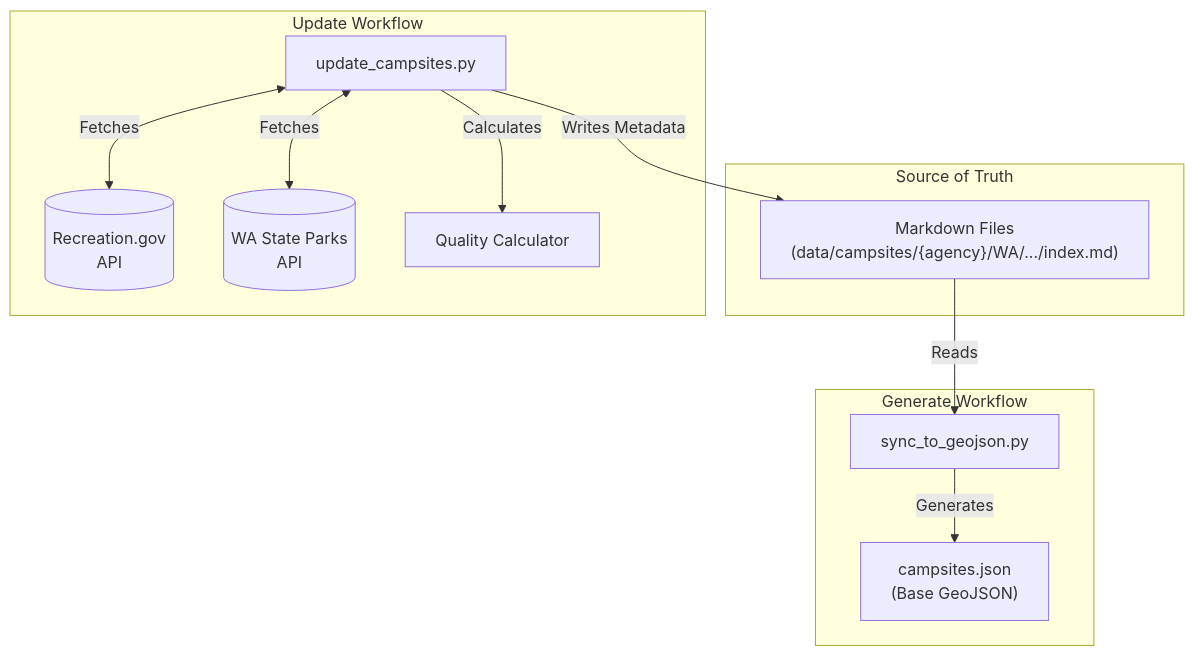
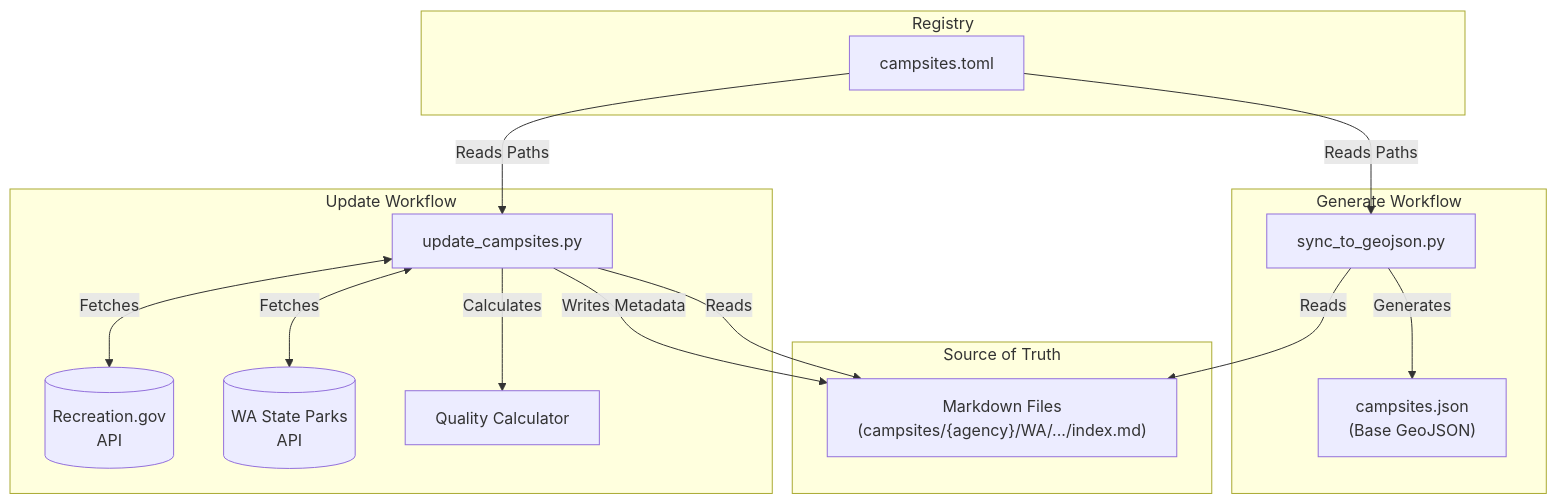
Before and after one commit to robogeosociety/robot-geographical-society: the diagram in data/README.md, drawn with Mermaid. The commit also changed other lines of this file and 79 other files, not shown here.

Commit message:
refactor: Migrate to campsites.toml registry and rename directories

````diff
--- a/data/README.md
+++ b/data/README.md
@@ -9,24 +9,31 @@
 ```mermaid
 graph TD
+    subgraph Registry["Registry"]
+        TOML["campsites.toml"]
+    end
+
     subgraph Source["Source of Truth"]
-        MD["Markdown Files<br/>(data/campsites/{agency}/WA/.../index.md)"]
+        MD["Markdown Files<br/>(campsites/{agency}/WA/.../index.md)"]
     end
 
     subgraph UpdateWorkflow["Update Workflow"]
         Updater["update_campsites.py"]
         RecGov[("Recreation.gov<br/>API")]
         WAParks[("WA State Parks<br/>API")]
         Quality["Quality Calculator"]
         
+        TOML -->|Reads Paths| Updater
+        Updater -->|Reads| MD
         Updater <-->|Fetches| RecGov
         Updater <-->|Fetches| WAParks
         Updater -->|Calculates| Quality
         Updater -->|Writes Metadata| MD
     end
 
     subgraph GenerateWorkflow["Generate Workflow"]
         Sync["sync_to_geojson.py"]
-        MD -->|Reads| Sync
+        TOML -->|Reads Paths| Sync
+        Sync -->|Reads| MD
         Sync -->|Generates| JSON["campsites.json<br/>(Base GeoJSON)"]
     end
 ```
````
